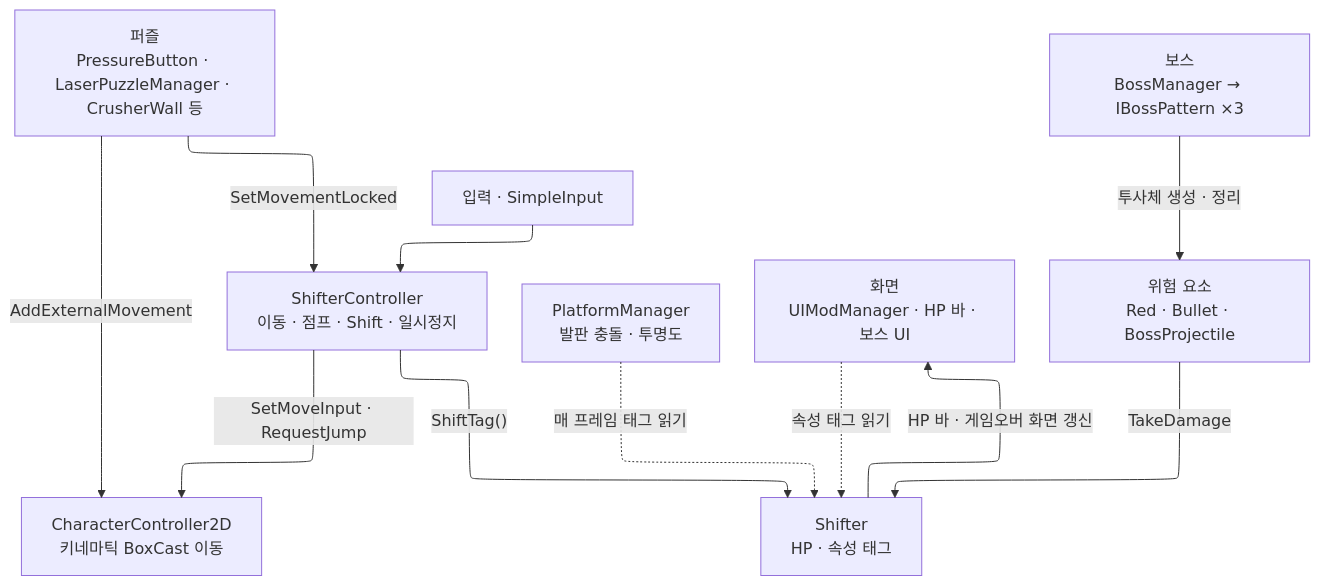
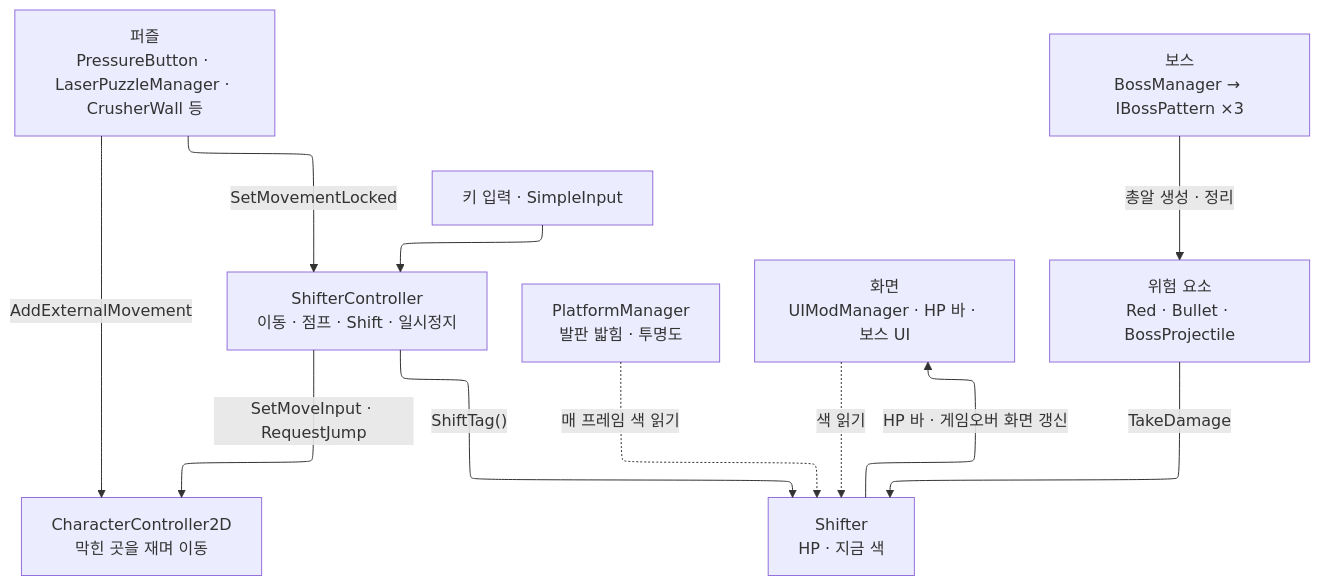
One commit to krKooHoo/portfolio-template changed the third of 9 diagrams in src/Shifter/Shifter_기술문서.md. Above: the diagram before and after it, drawn with Mermaid. The commit also changed other lines of this file and 2 other files, not shown here.

First line of the commit message:
Shifter 기술문서 수정 + 재빌드

````diff
--- a/src/Shifter/Shifter_기술문서.md
+++ b/src/Shifter/Shifter_기술문서.md
@@ -159,24 +165,24 @@
 ```mermaid
 %%{init: {"layout": "elk"}}%%
 flowchart TB
-    IN["입력 · SimpleInput"]
+    IN["키 입력 · SimpleInput"]
     PC["ShifterController<br/>이동 · 점프 · Shift · 일시정지"]
-    CC["CharacterController2D<br/>키네마틱 BoxCast 이동"]
-    SH["Shifter<br/>HP · 속성 태그"]
-    PM["PlatformManager<br/>발판 충돌 · 투명도"]
+    CC["CharacterController2D<br/>막힌 곳을 재며 이동"]
+    SH["Shifter<br/>HP · 지금 색"]
+    PM["PlatformManager<br/>발판 밟힘 · 투명도"]
     UI["화면<br/>UIModManager · HP 바 · 보스 UI"]
     HZ["위험 요소<br/>Red · Bullet · BossProjectile"]
     PZ["퍼즐<br/>PressureButton · LaserPuzzleManager · CrusherWall 등"]
     BS["보스<br/>BossManager → IBossPattern ×3"]
 
     IN --> PC
     PC -->|"SetMoveInput · RequestJump"| CC
     PC -->|"ShiftTag()"| SH
-    PM -.->|"매 프레임 태그 읽기"| SH
-    UI -.->|"속성 태그 읽기"| SH
+    PM -.->|"매 프레임 색 읽기"| SH
+    UI -.->|"색 읽기"| SH
     SH -->|"HP 바 · 게임오버 화면 갱신"| UI
     HZ -->|"TakeDamage"| SH
     PZ -->|"SetMovementLocked"| PC
     PZ -->|"AddExternalMovement"| CC
-    BS -->|"투사체 생성 · 정리"| HZ
+    BS -->|"총알 생성 · 정리"| HZ
 ```
````
